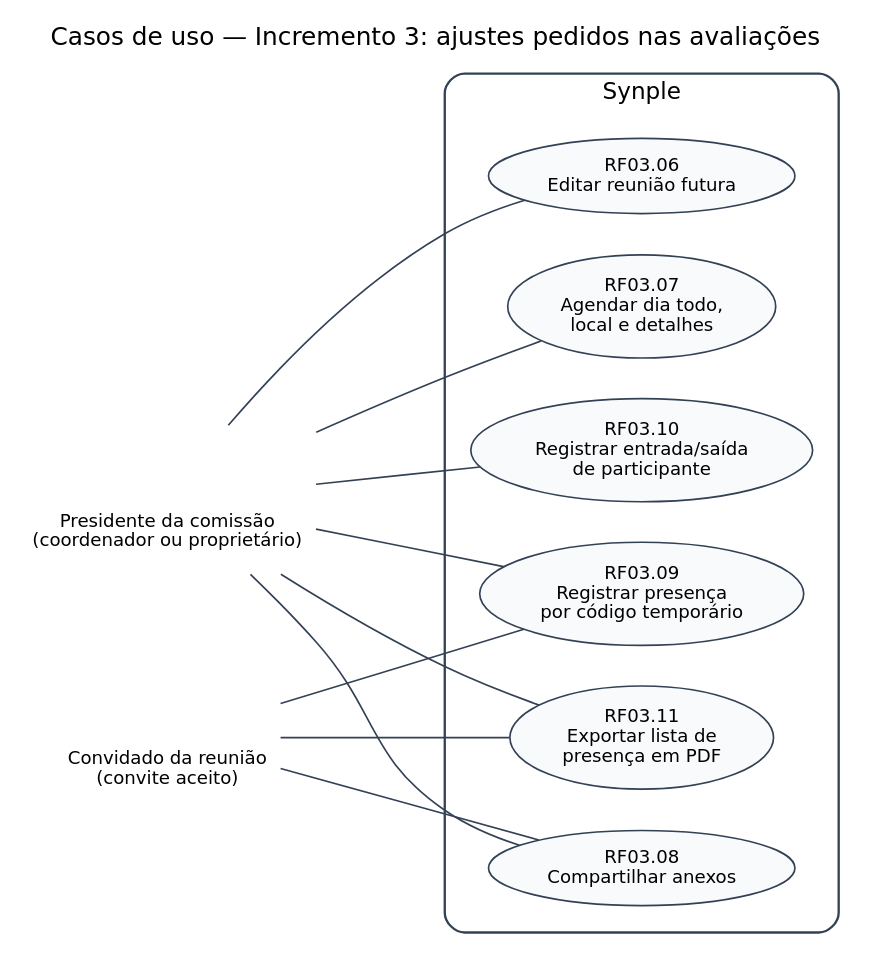
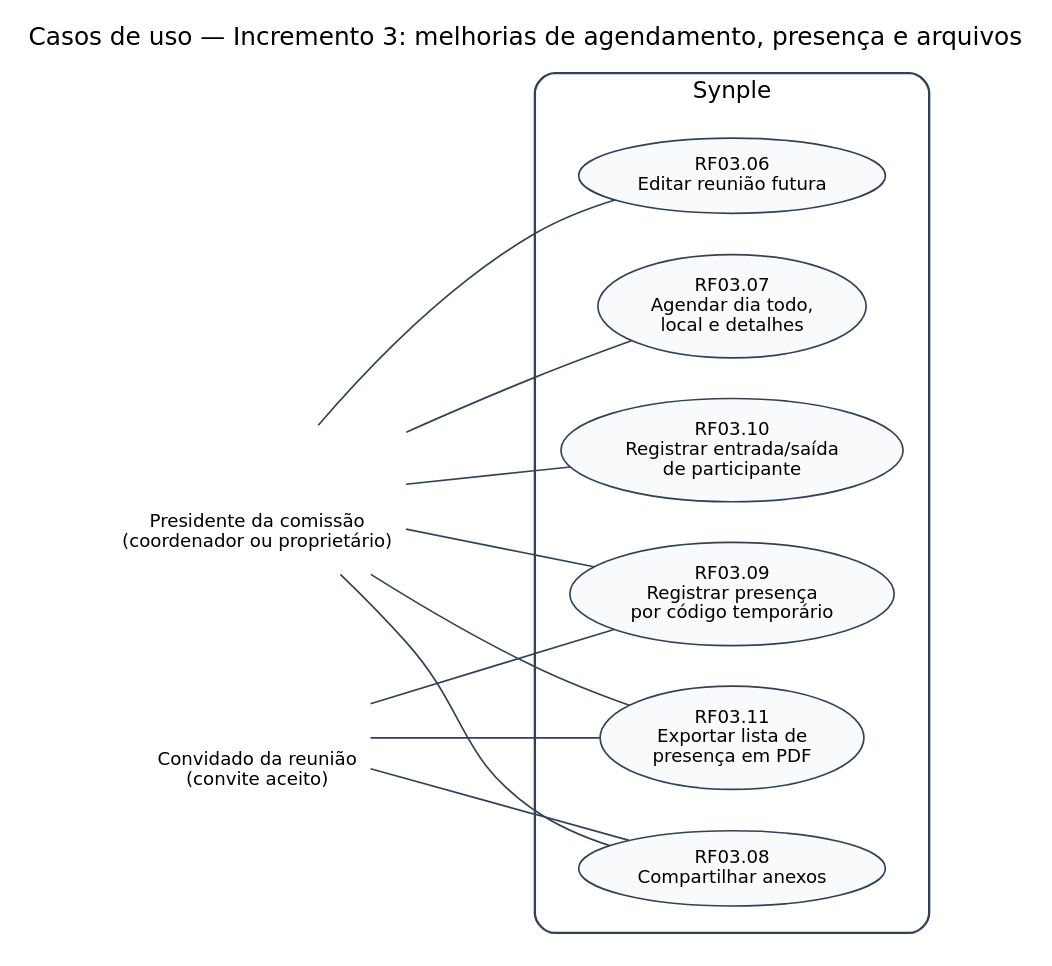
Before and after one commit to skzun/BRTPDS2: the diagram in Synple/scripts/diagramas-locais/uc-incremento-3-ajustes.dot, drawn with Graphviz. The commit also changed 10 other files, not shown here.

```diff
--- a/Synple/scripts/diagramas-locais/uc-incremento-3-ajustes.dot
+++ b/Synple/scripts/diagramas-locais/uc-incremento-3-ajustes.dot
@@ -1,20 +1,20 @@
 digraph UC {
   rankdir=LR; nodesep=0.35; ranksep=1.3;
-  graph [fontname="DejaVu Sans", fontsize=15, label="Casos de uso — Incremento 3: ajustes pedidos nas avaliações", labelloc=t];
+  graph [fontname="DejaVu Sans", fontsize=15, label="Casos de uso — Incremento 3: melhorias de agendamento, presença e arquivos", labelloc=t];
   node [fontname="DejaVu Sans", fontsize=11];
   edge [fontname="DejaVu Sans", fontsize=10, color="#334155", arrowhead=none];
   G [shape=none, width=1.9, height=1.25, label="\n\n\nPresidente da comissão\n(coordenador ou proprietário)"];
   C [shape=none, width=1.9, height=1.25, label="\n\n\nConvidado da reunião\n(convite aceito)"];
 
   {rank=same; G; C}
   subgraph cluster_sys {
     label="Synple"; fontsize=14; style=rounded; color="#334155"; penwidth=1.4; margin=16;
     node [shape=ellipse, style=filled, fillcolor="#F8FAFC", color="#334155"];
     E6 [label="RF03.06\nEditar reunião futura"]; E7 [label="RF03.07\nAgendar dia todo,\nlocal e detalhes"];
     E10 [label="RF03.10\nRegistrar entrada/saída\nde participante"];
     E8 [label="RF03.08\nCompartilhar anexos"]; E9 [label="RF03.09\nRegistrar presença\npor código temporário"];
     E11 [label="RF03.11\nExportar lista de\npresença em PDF"];
   }
   G -> E6; G -> E7; G -> E10; G -> E8; G -> E9;
   C -> E8; C -> E9; C -> E11; G -> E11;
 }
```
